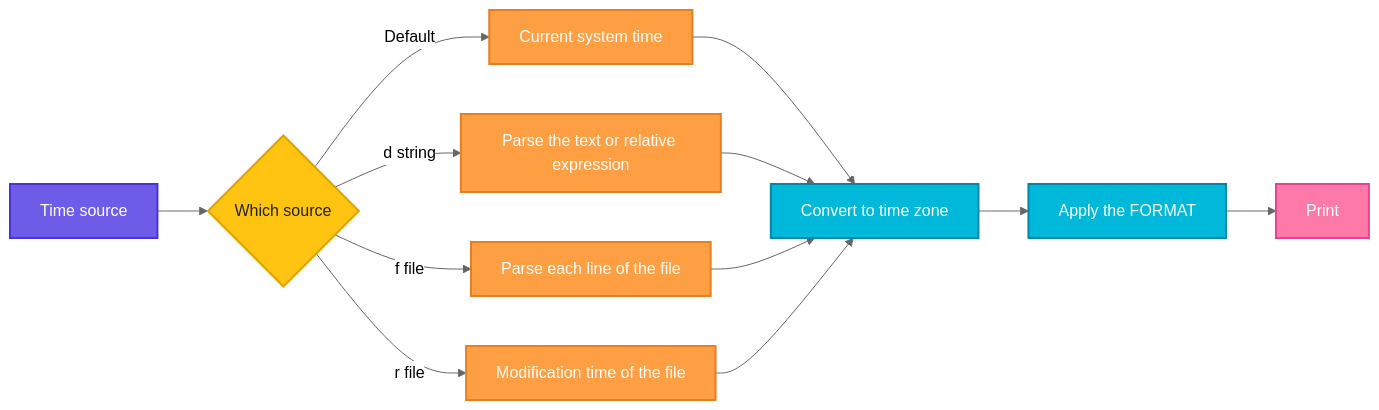
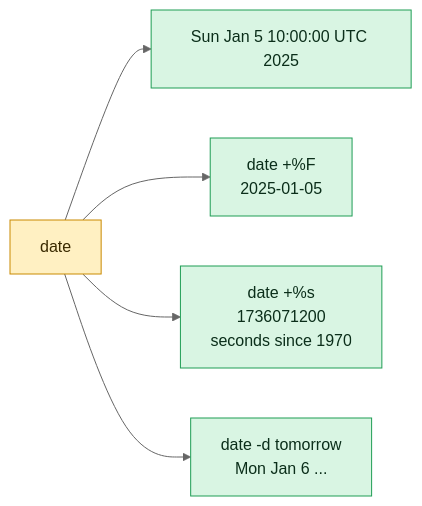
Before and after one commit to codeKerdosTech/DevOps-Documentation: the diagram in linux/system-info/date.md, drawn with Mermaid (neutral theme). The commit also changed other lines of this file and 165 other files, not shown here.

Commit message:
updated diagrams in linux

````diff
--- a/linux/system-info/date.md
+++ b/linux/system-info/date.md
@@ -17,26 +17,14 @@
 ```mermaid
 flowchart LR
-    A[Time source] --> B{Which source}
-    B -->|Default| C[Current system time]
-    B -->|d string| D[Parse the text or relative expression]
-    B -->|f file| E[Parse each line of the file]
-    B -->|r file| F[Modification time of the file]
-    C --> G[Convert to time zone]
-    D --> G
-    E --> G
-    F --> G
-    G --> H[Apply the FORMAT]
-    H --> I[Print]
-    classDef start fill:#6C5CE7,stroke:#4834D4,stroke-width:2px,color:#fff
-    classDef proc fill:#00B8D9,stroke:#0087A8,stroke-width:2px,color:#fff
-    classDef dec fill:#FFC312,stroke:#E1A100,stroke-width:2px,color:#222
-    classDef ok fill:#2ECC71,stroke:#1E8449,stroke-width:2px,color:#fff
-    classDef err fill:#FF4757,stroke:#C0392B,stroke-width:2px,color:#fff
-    classDef out fill:#FD79A8,stroke:#E84393,stroke-width:2px,color:#fff
-    classDef alt fill:#FF9F43,stroke:#E67E22,stroke-width:2px,color:#fff
-    class A start
-    class B dec
-    class C,D,E,F alt
-    class G,H proc
-    class I out
+    c1[date] --> o1[Sun Jan 5 10:00:00 UTC 2025]
+    c1 --> o2[date +%F<br/>2025-01-05]
+    c1 --> o3[date +%s<br/>1736071200<br/>seconds since 1970]
+    c1 --> o4[date -d tomorrow<br/>Mon Jan 6 ...]
+    classDef inp fill:#DCEBFF,stroke:#2F6FDE,color:#10213F
+    classDef cmd fill:#FFF0C2,stroke:#C98A00,color:#3A2A00
+    classDef out fill:#D9F5E3,stroke:#1F9D55,color:#0B2E1A
+    classDef bad fill:#FDE0E0,stroke:#D13B3B,color:#4A0F0F
+    classDef note fill:#ECEFF3,stroke:#7B8794,color:#1F2933
+    class c1 cmd
+    class o1,o2,o3,o4 out
 ```
````
